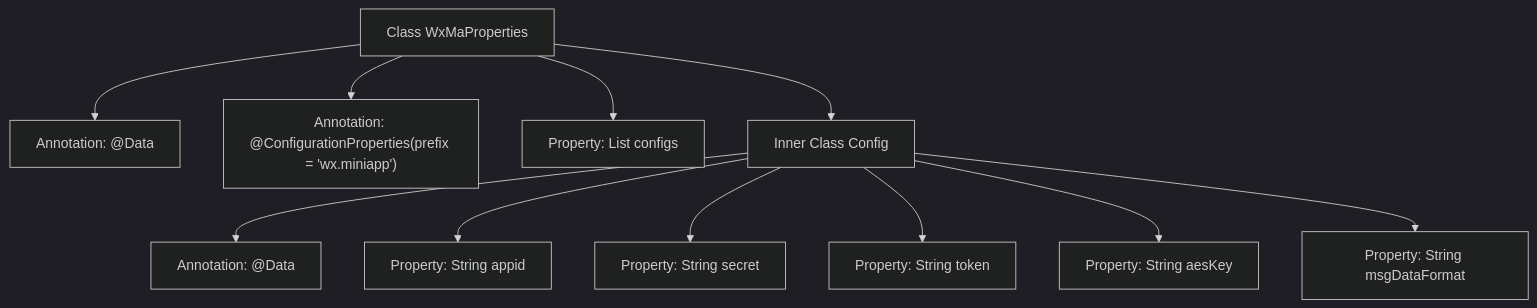
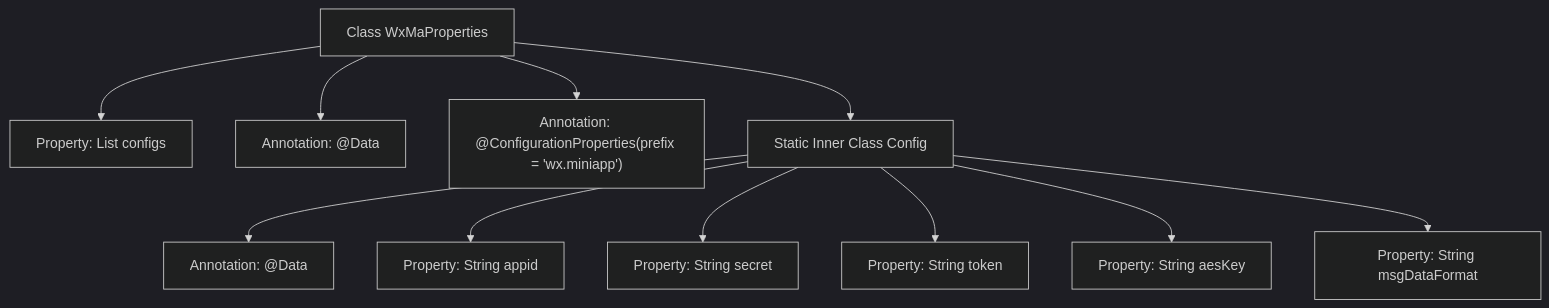
The second of 2 diagrams in docs/en/docs/src/main/java/com/github/binarywang/demo/wx/miniapp/config/WxMaProperties.md (v-wjrong/binary_weixin-java-miniapp-demo), drawn with Mermaid (dark theme) before and after one commit. The commit also changed other lines of this file and 47 other files, not shown here.

````diff
--- a/docs/en/docs/src/main/java/com/github/binarywang/demo/wx/miniapp/config/WxMaProperties.md
+++ b/docs/en/docs/src/main/java/com/github/binarywang/demo/wx/miniapp/config/WxMaProperties.md
@@ -70,25 +70,27 @@
 ```mermaid
 graph TD
     A["Class WxMaProperties"]
-    B["Annotation: @Data"]
-    C["Annotation: @ConfigurationProperties(prefix = 'wx.miniapp')"]
-    D["Property: List<Config> configs"]
-    E["Inner Class Config"]
-    F["Annotation: @Data"]
-    G["Property: String appid"]
-    H["Property: String secret"]
-    I["Property: String token"]
-    J["Property: String aesKey"]
-    K["Property: String msgDataFormat"]
+    B["Property: List<Config> configs"]
+    C["Annotation: @Data"]
+    D["Annotation: @ConfigurationProperties(prefix = 'wx.miniapp')"]
+    
+    E["Static Inner Class Config"]
+    F["Property: String appid"]
+    G["Property: String secret"]
+    H["Property: String token"]
+    I["Property: String aesKey"]
+    J["Property: String msgDataFormat"]
+    K["Annotation: @Data"]
 
-    A --> B
     A --> C
     A --> D
+    A --> B
     A --> E
+
+    E --> K
     E --> F
     E --> G
     E --> H
     E --> I
     E --> J
-    E --> K
 ```
````
